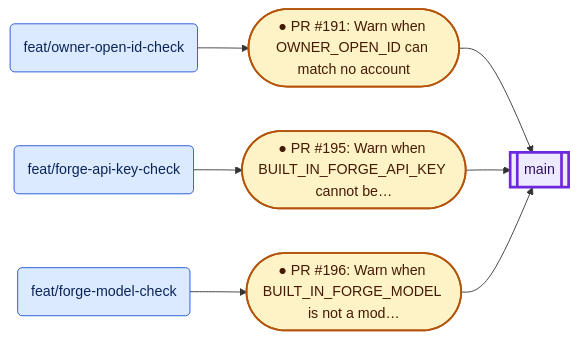
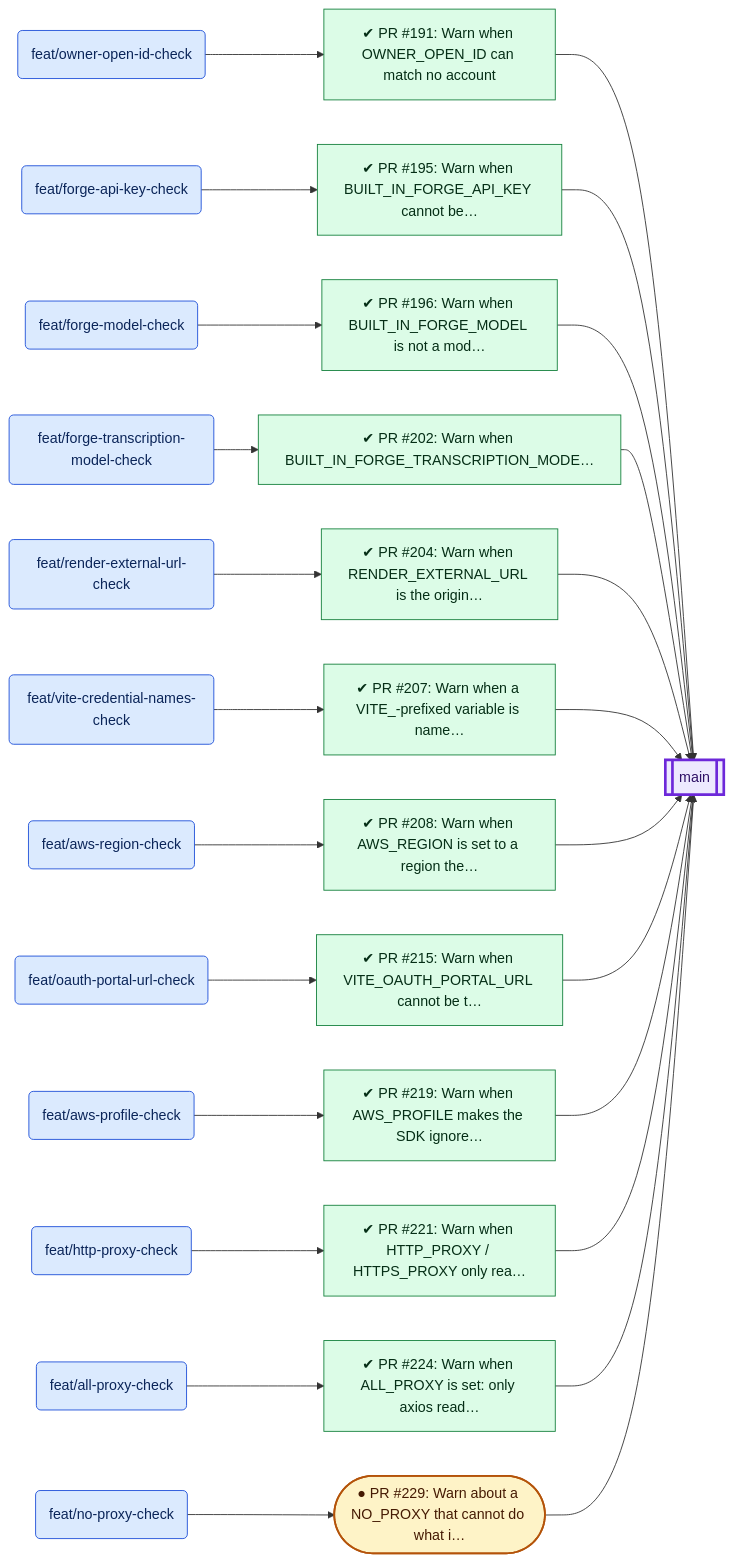
One commit to VijayKumaro7/NotionAI_Notepad changed the fifth of 7 diagrams in docs/PR_BRANCH_VISUALIZATION.md. Above: the diagram before and after it, drawn with Mermaid. The commit also changed other lines of this file and 3 other files, not shown here.

````diff
--- a/docs/PR_BRANCH_VISUALIZATION.md
+++ b/docs/PR_BRANCH_VISUALIZATION.md
@@ -791,21 +861,57 @@
 ```mermaid
 flowchart LR
-  b94("feat/owner-open-id-check"):::source
-  b99[["main"]]:::target
-  b92("feat/forge-api-key-check"):::source
-  b93("feat/forge-model-check"):::source
-  p191(["● PR #191: Warn when OWNER_OPEN_ID can match no account"]):::open
-  p195(["● PR #195: Warn when BUILT_IN_FORGE_API_KEY cannot be…"]):::open
-  p196(["● PR #196: Warn when BUILT_IN_FORGE_MODEL is not a mod…"]):::open
-  b94 --> p191
-  p191 --> b99
-  b92 --> p195
-  p195 --> b99
-  b93 --> p196
-  p196 --> b99
+  b118("feat/owner-open-id-check"):::source
+  b125[["main"]]:::target
+  b112("feat/forge-api-key-check"):::source
+  b113("feat/forge-model-check"):::source
+  b114("feat/forge-transcription-model-check"):::source
+  b119("feat/render-external-url-check"):::source
+  b120("feat/vite-credential-names-check"):::source
+  b111("feat/aws-region-check"):::source
+  b117("feat/oauth-portal-url-check"):::source
+  b110("feat/aws-profile-check"):::source
+  b115("feat/http-proxy-check"):::source
+  b109("feat/all-proxy-check"):::source
+  b116("feat/no-proxy-check"):::source
+  p191["✔ PR #191: Warn when OWNER_OPEN_ID can match no account"]:::merged
+  p195["✔ PR #195: Warn when BUILT_IN_FORGE_API_KEY cannot be…"]:::merged
+  p196["✔ PR #196: Warn when BUILT_IN_FORGE_MODEL is not a mod…"]:::merged
+  p202["✔ PR #202: Warn when BUILT_IN_FORGE_TRANSCRIPTION_MODE…"]:::merged
+  p204["✔ PR #204: Warn when RENDER_EXTERNAL_URL is the origin…"]:::merged
+  p207["✔ PR #207: Warn when a VITE_-prefixed variable is name…"]:::merged
+  p208["✔ PR #208: Warn when AWS_REGION is set to a region the…"]:::merged
+  p215["✔ PR #215: Warn when VITE_OAUTH_PORTAL_URL cannot be t…"]:::merged
+  p219["✔ PR #219: Warn when AWS_PROFILE makes the SDK ignore…"]:::merged
+  p221["✔ PR #221: Warn when HTTP_PROXY / HTTPS_PROXY only rea…"]:::merged
+  p224["✔ PR #224: Warn when ALL_PROXY is set: only axios read…"]:::merged
+  p229(["● PR #229: Warn about a NO_PROXY that cannot do what i…"]):::open
+  b118 --> p191
+  p191 --> b125
+  b112 --> p195
+  p195 --> b125
+  b113 --> p196
+  p196 --> b125
+  b114 --> p202
+  p202 --> b125
+  b119 --> p204
+  p204 --> b125
+  b120 --> p207
+  p207 --> b125
+  b111 --> p208
+  p208 --> b125
+  b117 --> p215
+  p215 --> b125
+  b110 --> p219
+  p219 --> b125
+  b115 --> p221
+  p221 --> b125
+  b109 --> p224
+  p224 --> b125
+  b116 --> p229
+  p229 --> b125
   classDef source fill:#dbeafe,stroke:#1d4ed8,color:#0b2559
   classDef target fill:#ede9fe,stroke:#6d28d9,stroke-width:3px,color:#2e1065
   classDef open fill:#fef3c7,stroke:#b45309,stroke-width:2px,color:#451a03
   classDef merged fill:#dcfce7,stroke:#15803d,color:#052e16
   classDef closed fill:#f3f4f6,stroke:#b91c1c,stroke-dasharray:5 3,color:#111827
 ```
````
